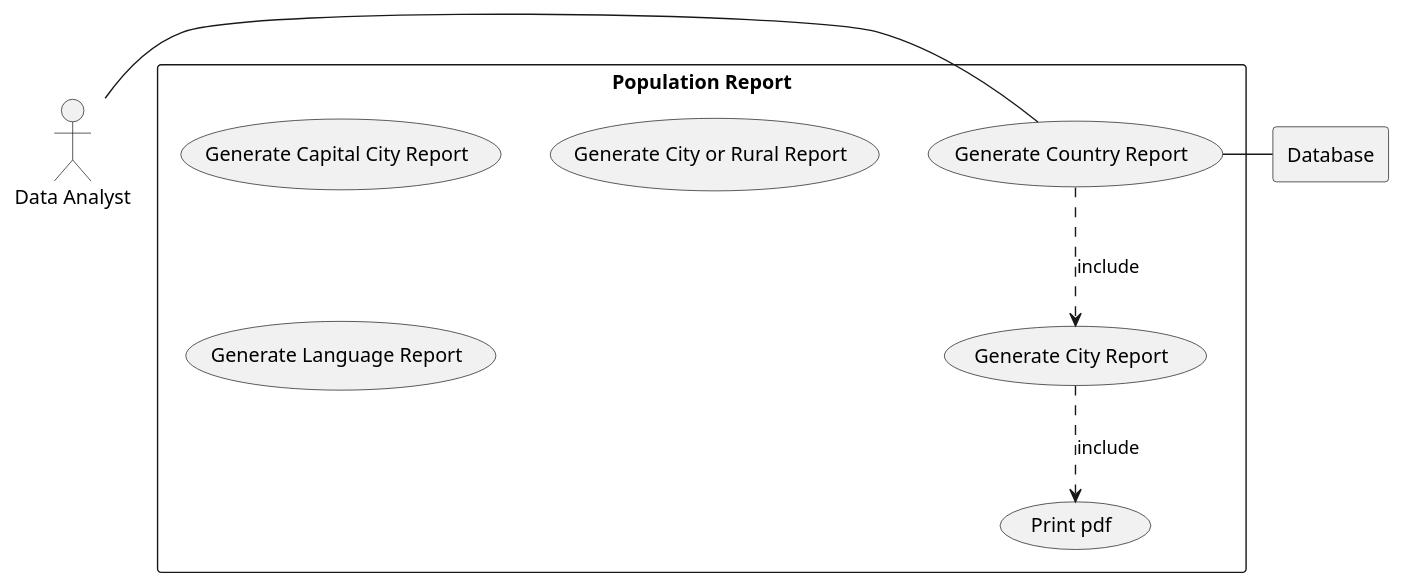
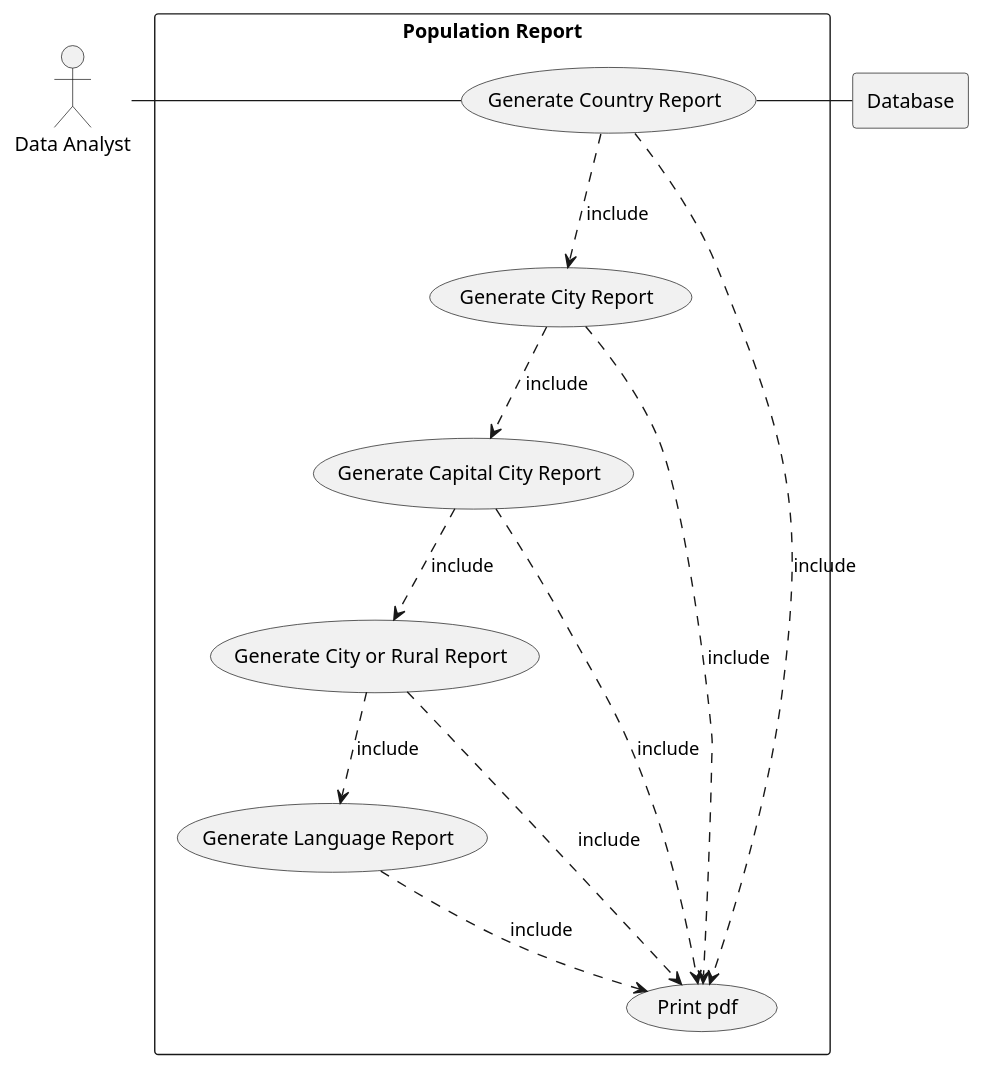
The diagram in Use Case Diagram Population Report.puml (TDiggens/group-2-project), drawn with PlantUML before and after one commit.

Commit message:
reports linked to print pdf

```diff
--- a/Use Case Diagram Population Report.puml
+++ b/Use Case Diagram Population Report.puml
@@ -1,26 +1,28 @@
 @startuml
 
 actor DA as "Data Analyst"
 
 rectangle Database
 
 rectangle "Population Report" {
     usecase UC1 as "Generate Country Report"
-
     usecase UC2 as "Generate City Report"
-
     usecase UC3 as "Generate Capital City Report"
-
     usecase UC4 as "Generate City or Rural Report"
-
     usecase UC5 as "Generate Language Report"
-
     usecase UCa as "Print pdf"
 
     DA - UC1
     UC1 ..>UC2 : include
+    UC2 ..>UC3 : include
+    UC3 ..>UC4 : include
+    UC4 ..>UC5 : include
+    UC1 ..>UCa : include
     UC2 ..>UCa : include
+    UC3 ..>UCa : include
+    UC4 ..>UCa : include
+    UC5 ..>UCa : include
     UC1 - Database
 }
 
 @enduml
```
